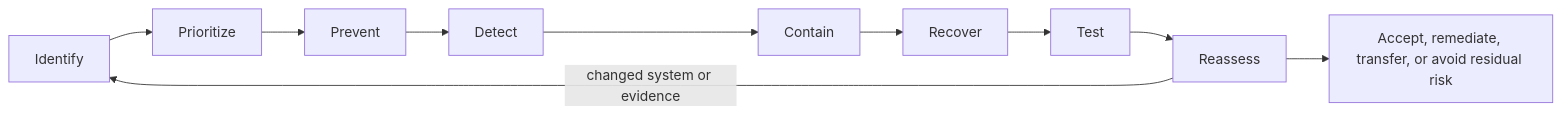
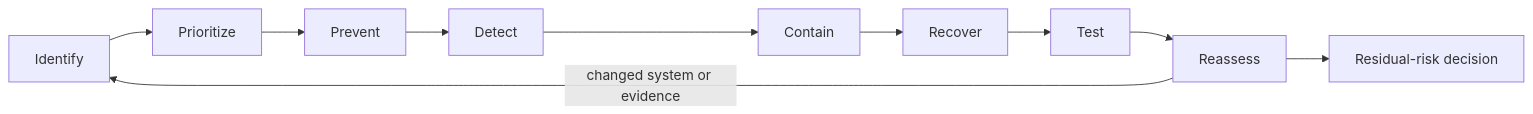
The fifth of 5 diagrams in modules/06-security-safety-governance/chapters/24-threat-modeling-agentic-systems.md (VikrantSingh01/Agentic_System_Design), drawn with Mermaid before and after one commit. The commit also changed other lines of this file and 3 other files, not shown here.

Commit message:
Improve Module 6 diagram accessibility

````diff
--- a/modules/06-security-safety-governance/chapters/24-threat-modeling-agentic-systems.md
+++ b/modules/06-security-safety-governance/chapters/24-threat-modeling-agentic-systems.md
@@ -121,12 +152,12 @@
 ```mermaid
 flowchart LR
     I[Identify] --> P[Prioritize]
     P --> V[Prevent]
     V --> D[Detect]
     D --> C[Contain]
     C --> R[Recover]
     R --> T[Test]
     T --> A[Reassess]
     A -->|changed system or evidence| I
-    A --> X[Accept, remediate, transfer, or avoid residual risk]
+    A --> X[Residual-risk decision]
 ```
````
